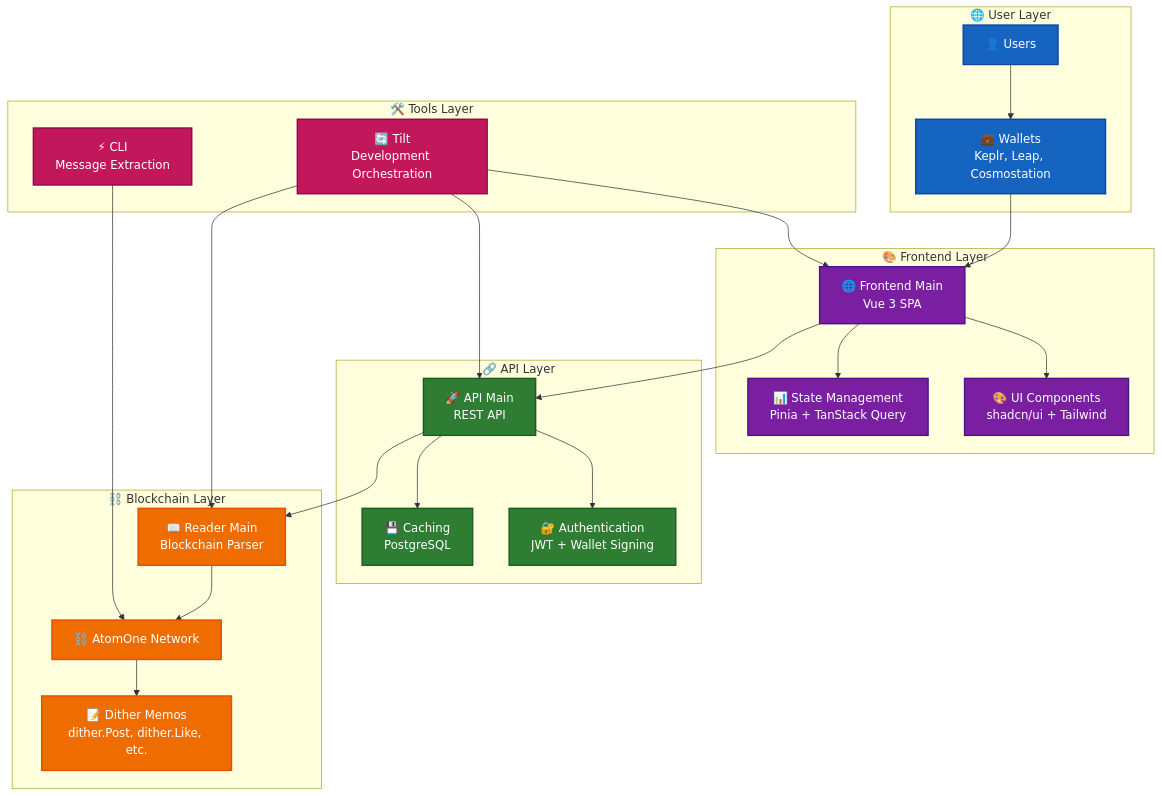
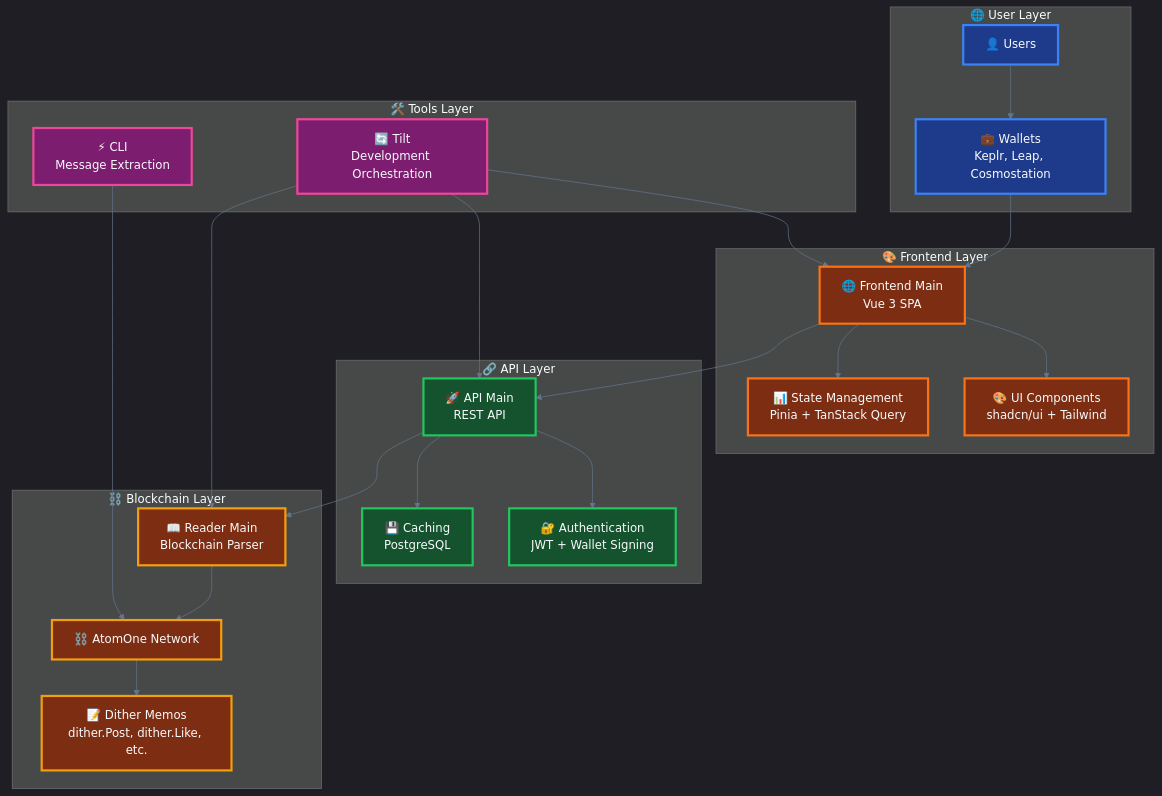
The second of 4 diagrams in packages/frontend-main/README.md (allinbits/dither.chat), drawn with Mermaid before and after one commit. The commit also changed other lines of this file, not shown here.

Commit message:
chore: improved diagram colors

````diff
--- a/packages/frontend-main/README.md
+++ b/packages/frontend-main/README.md
@@ -138,57 +139,58 @@
 ```mermaid
+%%{init: {'theme':'dark', 'themeVariables': { 'primaryColor': '#1e40af', 'primaryTextColor': '#f8fafc', 'primaryBorderColor': '#60a5fa', 'lineColor': '#64748b', 'secondaryColor': '#1e293b', 'tertiaryColor': '#334155'}}}%%
 graph TB
     subgraph "🌐 User Layer"
         U[👤 Users]
         W[💼 Wallets<br/>Keplr, Leap, Cosmostation]
     end
 
     subgraph "🎨 Frontend Layer"
         F[🌐 Frontend Main<br/>Vue 3 SPA]
         UI[🎨 UI Components<br/>shadcn/ui + Tailwind]
         ST[📊 State Management<br/>Pinia + TanStack Query]
     end
 
     subgraph "🔗 API Layer"
         API[🚀 API Main<br/>REST API]
         AUTH[🔐 Authentication<br/>JWT + Wallet Signing]
         CACHE[💾 Caching<br/>PostgreSQL]
     end
 
     subgraph "⛓️ Blockchain Layer"
         BC[⛓️ AtomOne Network]
         READER[📖 Reader Main<br/>Blockchain Parser]
         MEMO[📝 Dither Memos<br/>dither.Post, dither.Like, etc.]
     end
 
     subgraph "🛠️ Tools Layer"
         CLI[⚡ CLI<br/>Message Extraction]
         TILT[🔄 Tilt<br/>Development Orchestration]
     end
 
     U --> W
     W --> F
     F --> UI
     F --> ST
     F --> API
     API --> AUTH
     API --> CACHE
     API --> READER
     READER --> BC
     BC --> MEMO
     CLI --> BC
     TILT --> F
     TILT --> API
     TILT --> READER
 
-    classDef userLayer fill:#1565c0,stroke:#0d47a1,stroke-width:2px,color:#ffffff
-    classDef frontendLayer fill:#7b1fa2,stroke:#4a148c,stroke-width:2px,color:#ffffff
-    classDef apiLayer fill:#2e7d32,stroke:#1b5e20,stroke-width:2px,color:#ffffff
-    classDef blockchainLayer fill:#ef6c00,stroke:#e65100,stroke-width:2px,color:#ffffff
-    classDef toolsLayer fill:#c2185b,stroke:#880e4f,stroke-width:2px,color:#ffffff
+    classDef userLayer fill:#1e3a8a,stroke:#3b82f6,stroke-width:3px,color:#f8fafc
+    classDef frontendLayer fill:#7c2d12,stroke:#f97316,stroke-width:3px,color:#f8fafc
+    classDef apiLayer fill:#14532d,stroke:#22c55e,stroke-width:3px,color:#f8fafc
+    classDef blockchainLayer fill:#7c2d12,stroke:#f59e0b,stroke-width:3px,color:#f8fafc
+    classDef toolsLayer fill:#7c1d6f,stroke:#ec4899,stroke-width:3px,color:#f8fafc
 
     class U,W userLayer
     class F,UI,ST frontendLayer
     class API,AUTH,CACHE apiLayer
     class BC,READER,MEMO blockchainLayer
     class CLI,TILT toolsLayer
 ```
````
